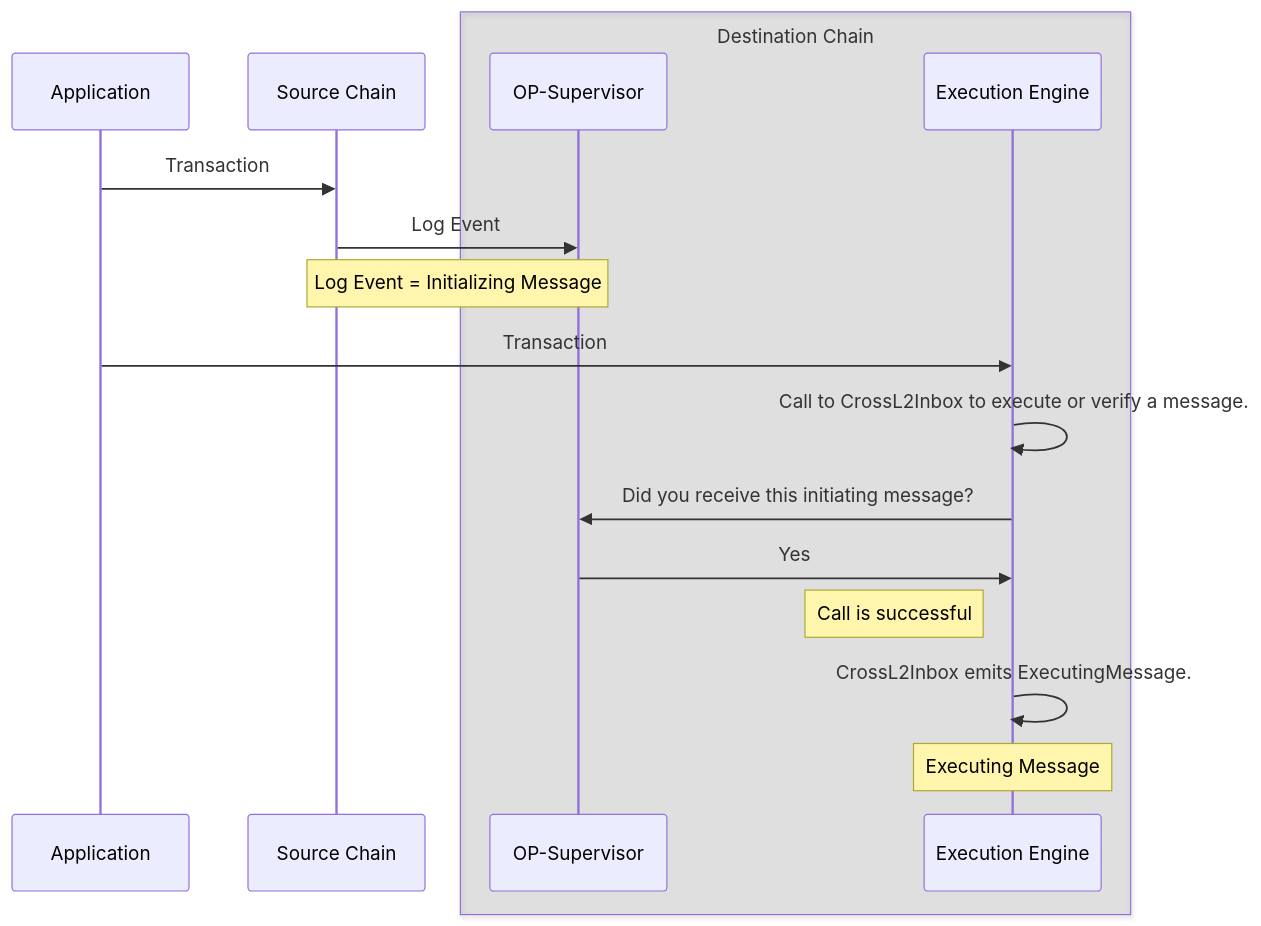
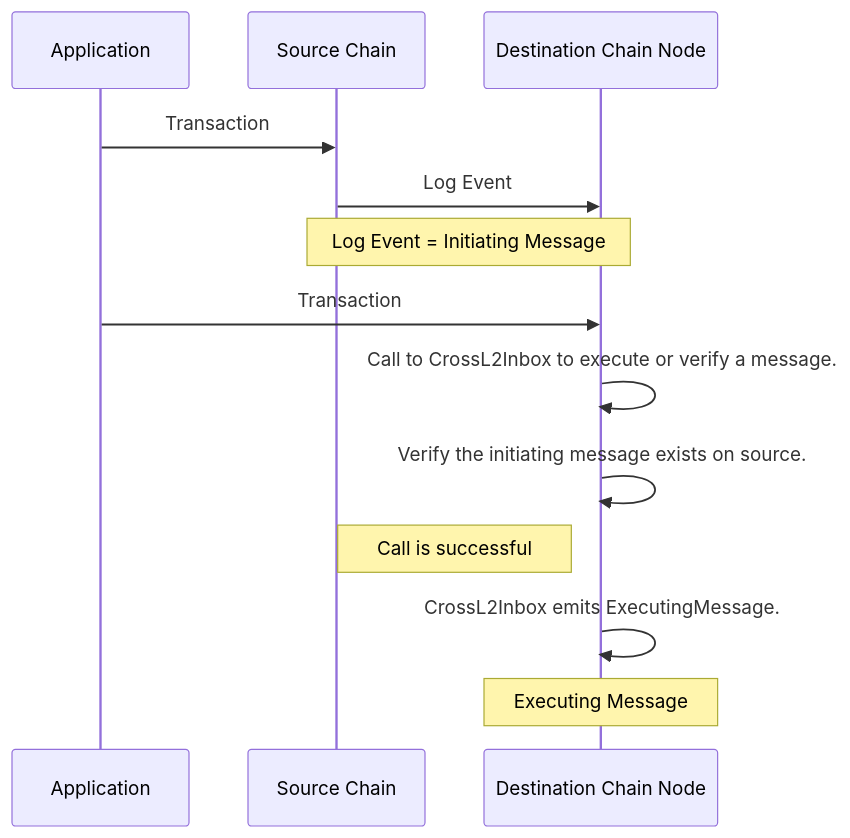
One commit to hemilabs/optimism changed the second of 6 diagrams in docs/public-docs/op-stack/interop/explainer.mdx. Above: the diagram before and after it, drawn with Mermaid. The commit also changed other lines of this file and 7 other files, not shown here.

````diff
--- a/docs/public-docs/op-stack/interop/explainer.mdx
+++ b/docs/public-docs/op-stack/interop/explainer.mdx
@@ -66,20 +64,16 @@
 ```mermaid
 
 sequenceDiagram
     participant app as Application
     participant src as Source Chain
-    box rgba(0,0,0,0.1) Destination Chain
-      participant dst-sup as OP-Supervisor
-      participant dst-geth as Execution Engine
-    end
+    participant dst as Destination Chain Node
     app->>src: Transaction
-    src->>dst-sup: Log Event
-    note over src,dst-sup: Log Event = Initializing Message
-    app->>dst-geth: Transaction
-    dst-geth->>dst-geth: Call to CrossL2Inbox to execute or verify a message.
-    dst-geth->>dst-sup: Did you receive this initiating message?
-    dst-sup->>dst-geth: Yes
-    note left of dst-geth: Call is successful
-    dst-geth->>dst-geth: CrossL2Inbox emits ExecutingMessage.
-    note over dst-geth: Executing Message
+    src->>dst: Log Event
+    note over src,dst: Log Event = Initiating Message
+    app->>dst: Transaction
+    dst->>dst: Call to CrossL2Inbox to execute or verify a message.
+    dst->>dst: Verify the initiating message exists on source.
+    note left of dst: Call is successful
+    dst->>dst: CrossL2Inbox emits ExecutingMessage.
+    note over dst: Executing Message
 ```
````
